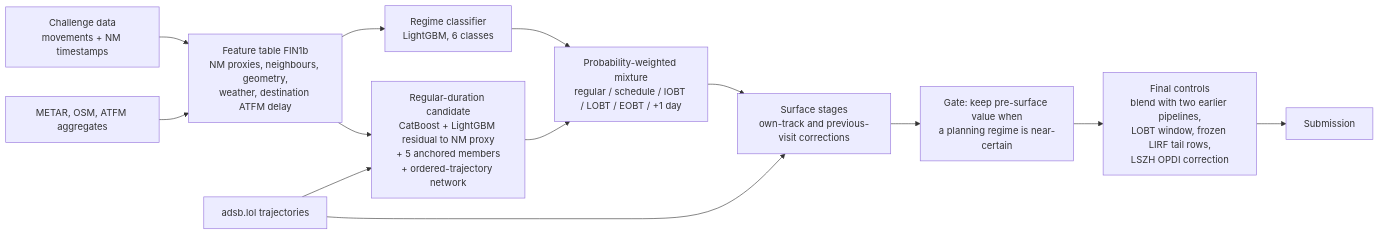
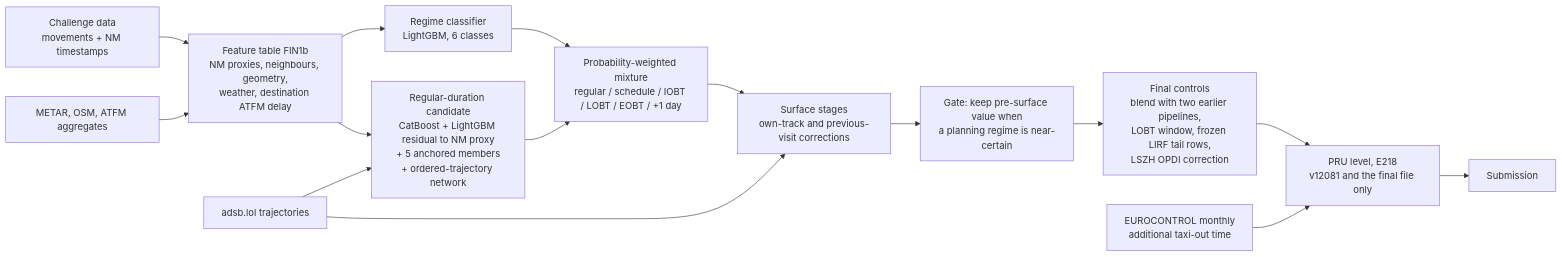
One commit to disclaimer8/prc-2026 changed the diagram in README.md. Above: the diagram before and after it, drawn with Mermaid. The commit also changed other lines of this file and 15 other files, not shown here.

First line of the commit message:
Docs+paper: final bbae2cc5 with E218 (PRU level) — rule, gate, data-use disclosure with the organiser's 8 Oct answer quoted, board split LIRF -0.0304 / others -0.0056, best v12081 230.4478, 117 uploads; paper preview 48 pp

````diff
--- a/README.md
+++ b/README.md
@@ -103,15 +112,17 @@
 ```mermaid
 flowchart LR
     A[Challenge data<br/>movements + NM timestamps] --> F[Feature table FIN1b<br/>NM proxies, neighbours, geometry,<br/>weather, destination ATFM delay]
     W[METAR, OSM, ATFM aggregates] --> F
     F --> C[Regime classifier<br/>LightGBM, 6 classes]
     F --> R[Regular-duration candidate<br/>CatBoost + LightGBM residual to NM proxy<br/>+ 5 anchored members<br/>+ ordered-trajectory network]
     T[adsb.lol trajectories] --> R
     C --> M[Probability-weighted mixture<br/>regular / schedule / IOBT / LOBT / EOBT / +1 day]
     R --> M
     M --> S[Surface stages<br/>own-track and previous-visit corrections]
     T --> S
     S --> G[Gate: keep pre-surface value when<br/>a planning regime is near-certain]
     G --> P[Final controls<br/>blend with two earlier pipelines,<br/>LOBT window, frozen LIRF tail rows,<br/>LSZH OPDI correction]
-    P --> O[Submission]
+    P --> L[PRU level, E218<br/>v12081 and the final file only]
+    U[EUROCONTROL monthly<br/>additional taxi-out time] --> L
+    L --> O[Submission]
 ```
````
